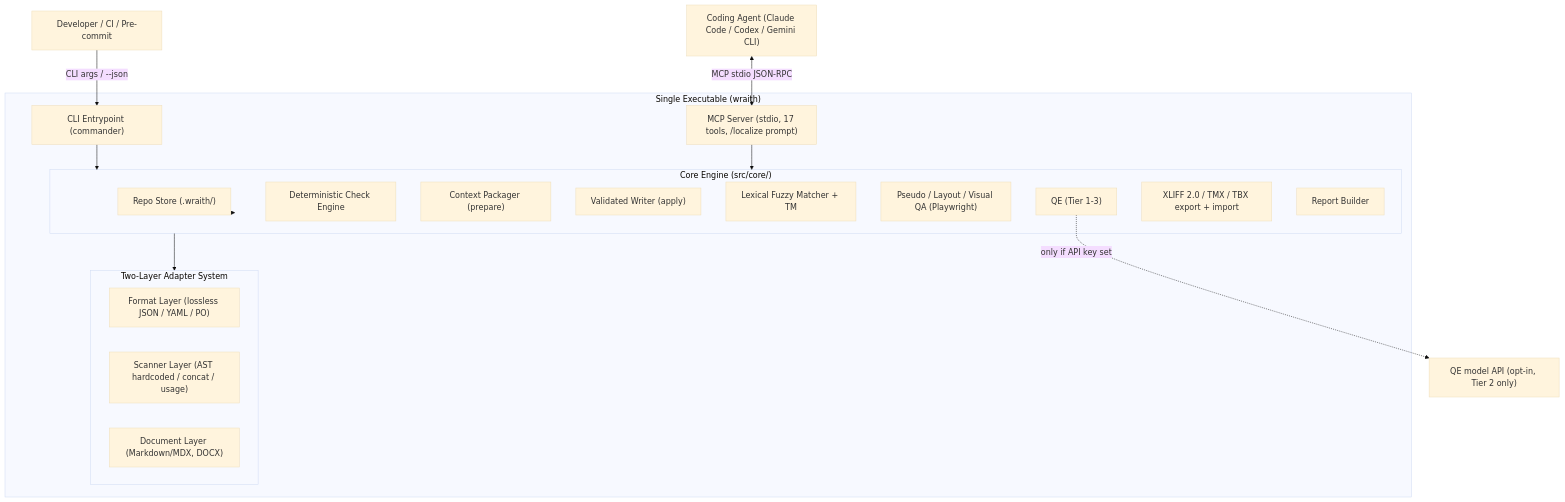
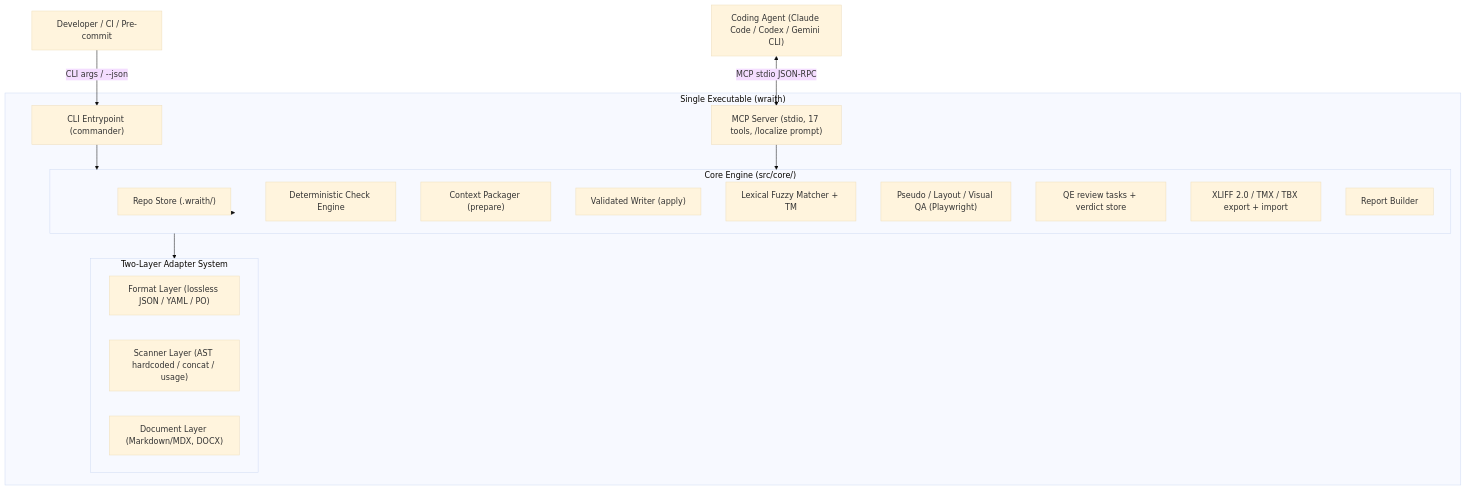
The second of 2 diagrams in docs/ARCHITECTURE.md (Colton-Cogg-1999/WraithMCP), drawn with Mermaid (base theme) before and after one commit. The commit also changed other lines of this file and 21 other files, not shown here.

````diff
--- a/docs/ARCHITECTURE.md
+++ b/docs/ARCHITECTURE.md
@@ -78,35 +77,33 @@
 ```mermaid
 flowchart TD
     Agent["Coding Agent (Claude Code / Codex / Gemini CLI)"]
     Human["Developer / CI / Pre-commit"]
 
     subgraph Binary["Single Executable (wraith)"]
         CLI["CLI Entrypoint (commander)"]
         MCP["MCP Server (stdio, 17 tools, /localize prompt)"]
         subgraph Core["Core Engine (src/core/)"]
             Store["Repo Store (.wraith/)"]
             Check["Deterministic Check Engine"]
             Prepare["Context Packager (prepare)"]
             Apply["Validated Writer (apply)"]
             Fuzzy["Lexical Fuzzy Matcher + TM"]
             Layout["Pseudo / Layout / Visual QA (Playwright)"]
-            QEng["QE (Tier 1-3)"]
+            QEng["QE review tasks + verdict store"]
             TMSio["XLIFF 2.0 / TMX / TBX export + import"]
             Report["Report Builder"]
         end
         subgraph Adapters["Two-Layer Adapter System"]
             Format["Format Layer (lossless JSON / YAML / PO)"]
             Scanner["Scanner Layer (AST hardcoded / concat / usage)"]
             Docs["Document Layer (Markdown/MDX, DOCX)"]
         end
     end
-    QEModel["QE model API (opt-in, Tier 2 only)"]
 
     Agent <-->|"MCP stdio JSON-RPC"| MCP
     Human -->|"CLI args / --json"| CLI
     CLI --> Core
     MCP --> Core
     Core --> Store
     Core --> Adapters
-    QEng -.->|"only if API key set"| QEModel
 ```
````
